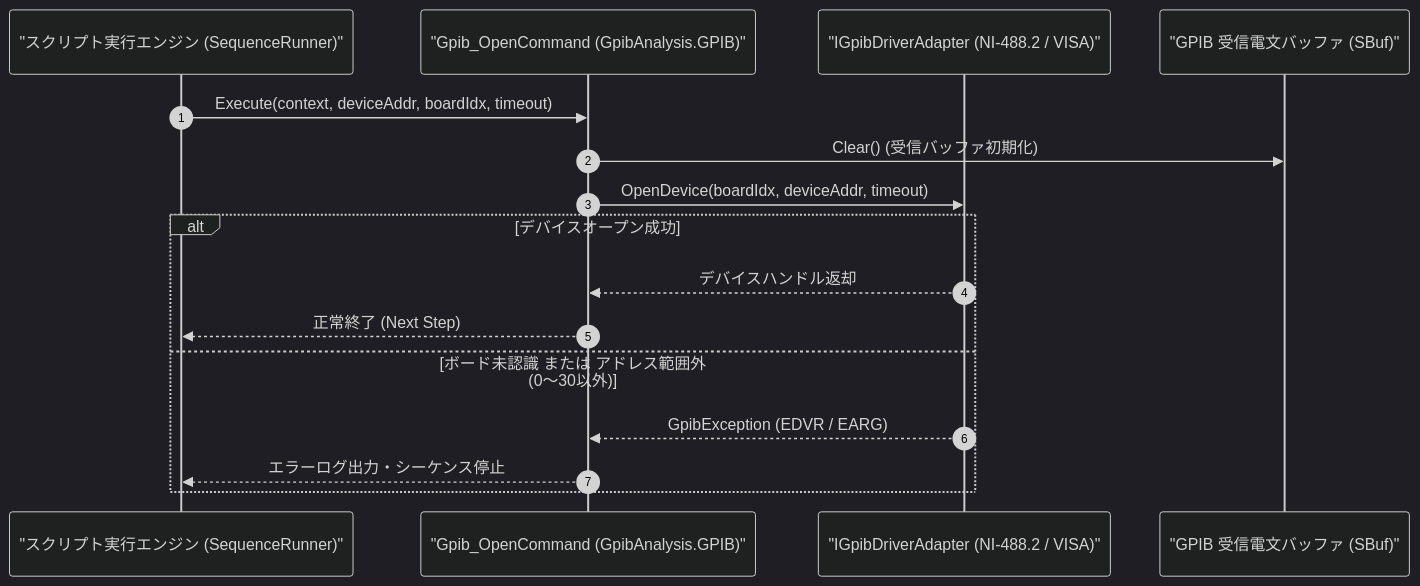
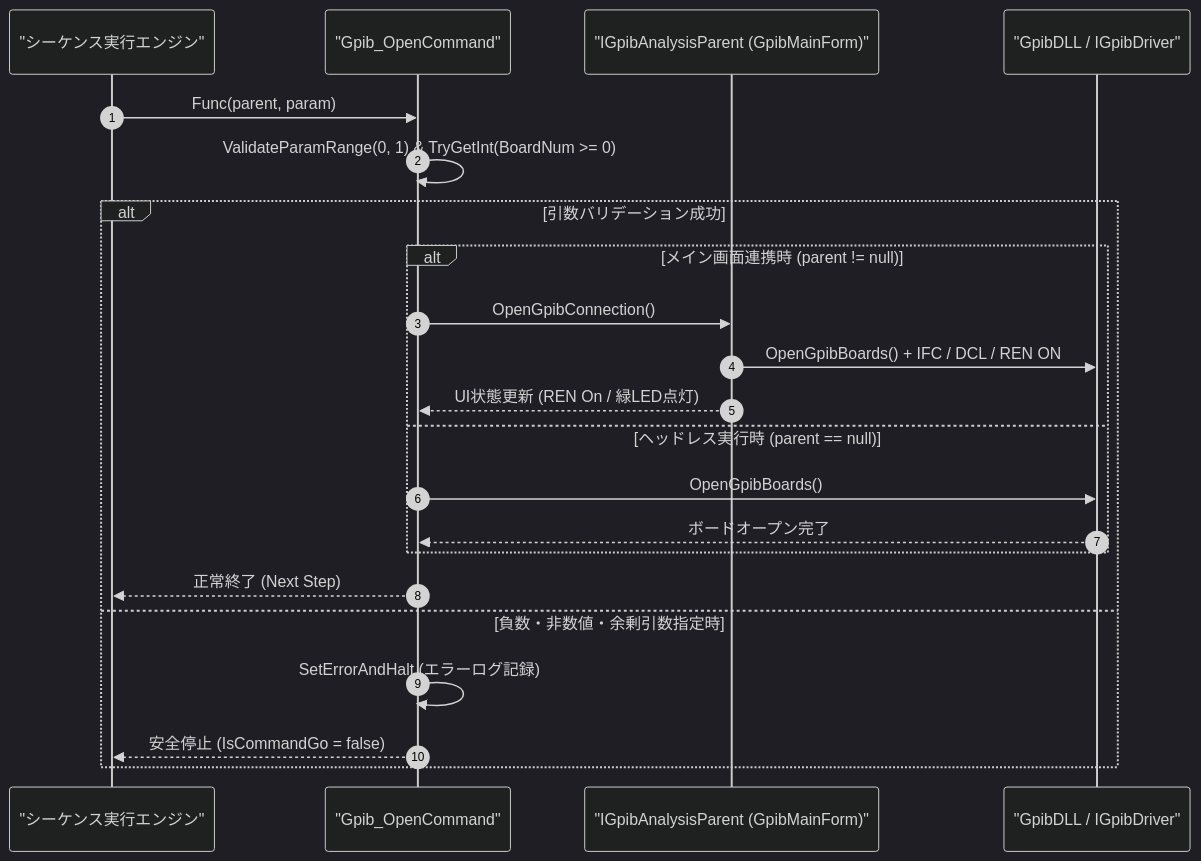
Before and after one commit to Monaca-App/GpibAddIn: the diagram in Manual/GPIB/Gpib_Open.Md, drawn with Mermaid (dark theme). The commit also changed other lines of this file and 32 other files, not shown here.

````diff
--- a/Manual/GPIB/Gpib_Open.Md
+++ b/Manual/GPIB/Gpib_Open.Md
@@ -66,19 +65,25 @@
 ```mermaid
 sequenceDiagram
     autonumber
-    participant Script as "スクリプト実行エンジン (SequenceRunner)"
-    participant Cmd as "Gpib_OpenCommand (GpibAnalysis.GPIB)"
-    participant Drv as "IGpibDriverAdapter (NI-488.2 / VISA)"
-    participant SBuf as "GPIB 受信電文バッファ (SBuf)"
+    participant Script as "シーケンス実行エンジン"
+    participant Cmd as "Gpib_OpenCommand"
+    participant Parent as "IGpibAnalysisParent (GpibMainForm)"
+    participant Dll as "GpibDLL / IGpibDriver"
 
-    Script->>Cmd: Execute(context, deviceAddr, boardIdx, timeout)
-    Cmd->>SBuf: Clear() (受信バッファ初期化)
-    Cmd->>Drv: OpenDevice(boardIdx, deviceAddr, timeout)
-    alt デバイスオープン成功
-        Drv-->>Cmd: デバイスハンドル返却
+    Script->>Cmd: Func(parent, param)
+    Cmd->>Cmd: ValidateParamRange(0, 1) & TryGetInt(BoardNum >= 0)
+    alt 引数バリデーション成功
+        alt メイン画面連携時 (parent != null)
+            Cmd->>Parent: OpenGpibConnection()
+            Parent->>Dll: OpenGpibBoards() + IFC / DCL / REN ON
+            Parent-->>Cmd: UI状態更新 (REN On / 緑LED点灯)
+        else ヘッドレス実行時 (parent == null)
+            Cmd->>Dll: OpenGpibBoards()
+            Dll-->>Cmd: ボードオープン完了
+        end
         Cmd-->>Script: 正常終了 (Next Step)
-    else ボード未認識 または アドレス範囲外 (0〜30以外)
-        Drv-->>Cmd: GpibException (EDVR / EARG)
-        Cmd-->>Script: エラーログ出力・シーケンス停止
+    else 負数・非数値・余剰引数指定時
+        Cmd->>Cmd: SetErrorAndHalt (エラーログ記録)
+        Cmd-->>Script: 安全停止 (IsCommandGo = false)
     end
 ```
````
